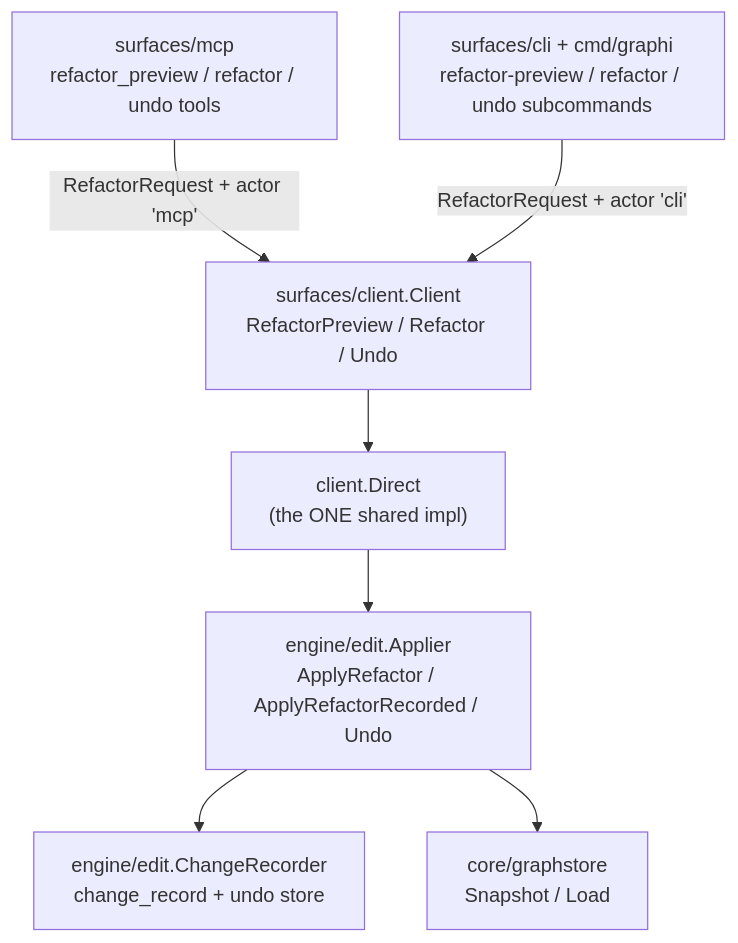
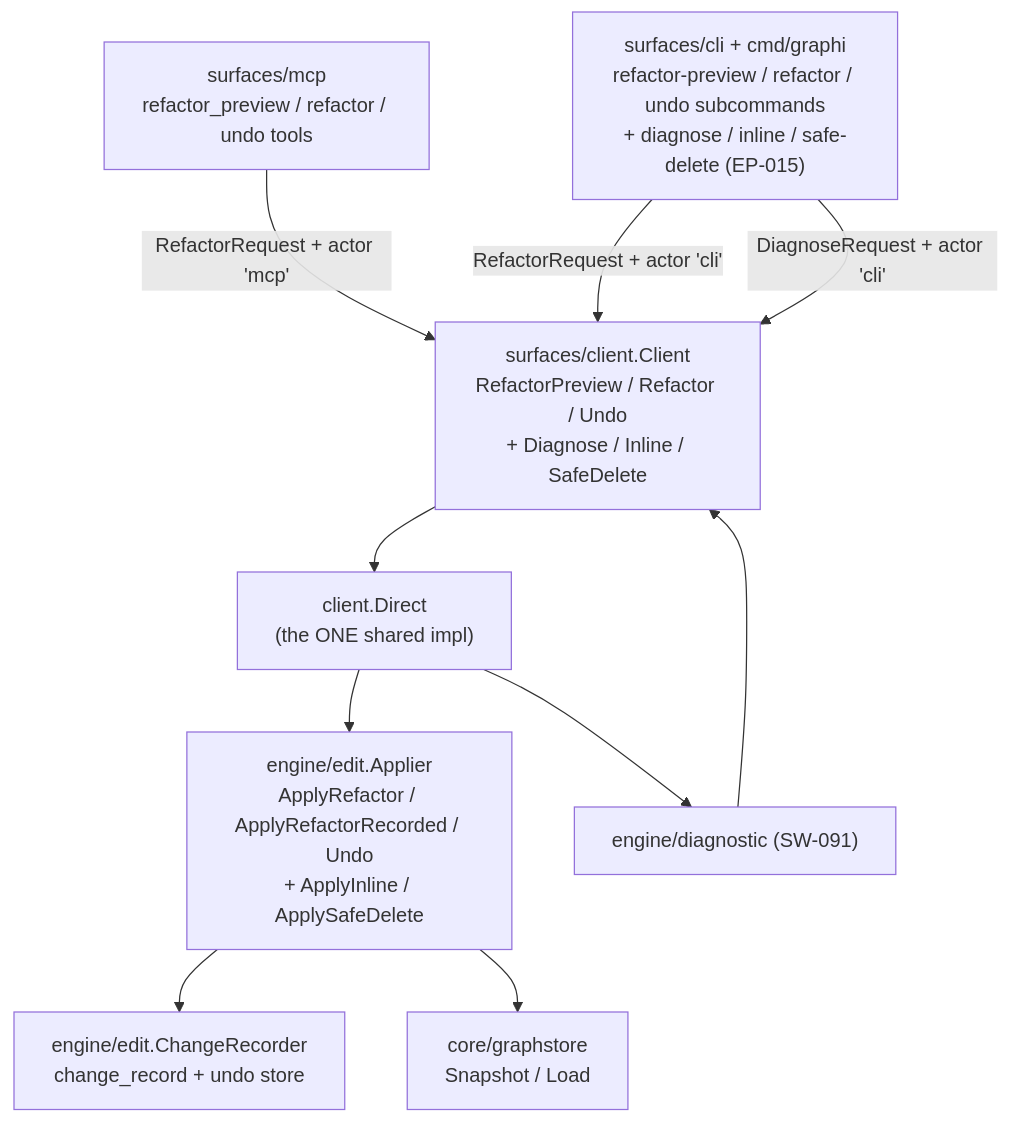
Before and after one commit to samibel/graphi: the first of 3 diagrams in docs/edit/command-surface.md, drawn with Mermaid. The commit also changed other lines of this file and 14 other files, not shown here.

````diff
--- a/docs/edit/command-surface.md
+++ b/docs/edit/command-surface.md
@@ -48,16 +59,20 @@
 ```mermaid
 flowchart TD
     MCP["surfaces/mcp<br/>refactor_preview / refactor / undo tools"]
-    CLI["surfaces/cli + cmd/graphi<br/>refactor-preview / refactor / undo subcommands"]
-    C["surfaces/client.Client<br/>RefactorPreview / Refactor / Undo"]
+    CLI["surfaces/cli + cmd/graphi<br/>refactor-preview / refactor / undo subcommands<br/>+ diagnose / inline / safe-delete (EP-015)"]
+    C["surfaces/client.Client<br/>RefactorPreview / Refactor / Undo<br/>+ Diagnose / Inline / SafeDelete"]
     D["client.Direct<br/>(the ONE shared impl)"]
-    A["engine/edit.Applier<br/>ApplyRefactor / ApplyRefactorRecorded / Undo"]
+    A["engine/edit.Applier<br/>ApplyRefactor / ApplyRefactorRecorded / Undo<br/>+ ApplyInline / ApplySafeDelete"]
     R["engine/edit.ChangeRecorder<br/>change_record + undo store"]
+    DG["engine/diagnostic (SW-091)"]
     G["core/graphstore<br/>Snapshot / Load"]
     MCP -->|RefactorRequest + actor 'mcp'| C
     CLI -->|RefactorRequest + actor 'cli'| C
+    CLI -->|DiagnoseRequest + actor 'cli'| C
     C --> D
     D --> A
+    D --> DG
     A --> R
     A --> G
+    DG --> C
 ```
````
